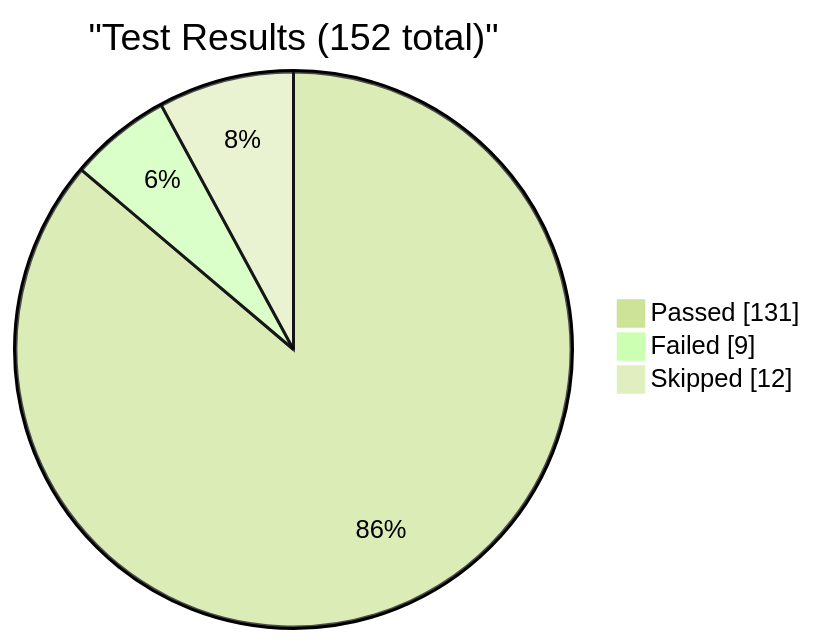
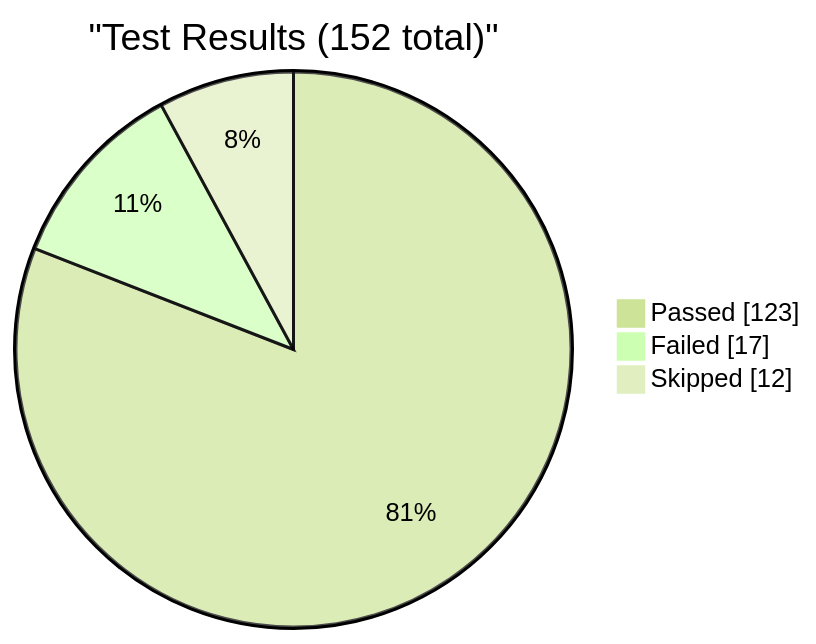
The first of 4 diagrams in reports/dashboard.md (EliteaAI/onetest-ai-tm-Elitea), drawn with Mermaid (forest theme) before and after one commit. The commit also changed other lines of this file and 1 other file, not shown here.

Commit message:
dashboard: update test metrics for RUN-ELITEA-2026-08-23-46-DEV-STABLE-ALL-FAILED

````diff
--- a/reports/dashboard.md
+++ b/reports/dashboard.md
@@ -9,7 +9,7 @@
 ```mermaid
 pie showData
     title "Test Results (152 total)"
-    "Passed" : 131
-    "Failed" : 9
+    "Passed" : 123
+    "Failed" : 17
     "Skipped" : 12
 ```
````
